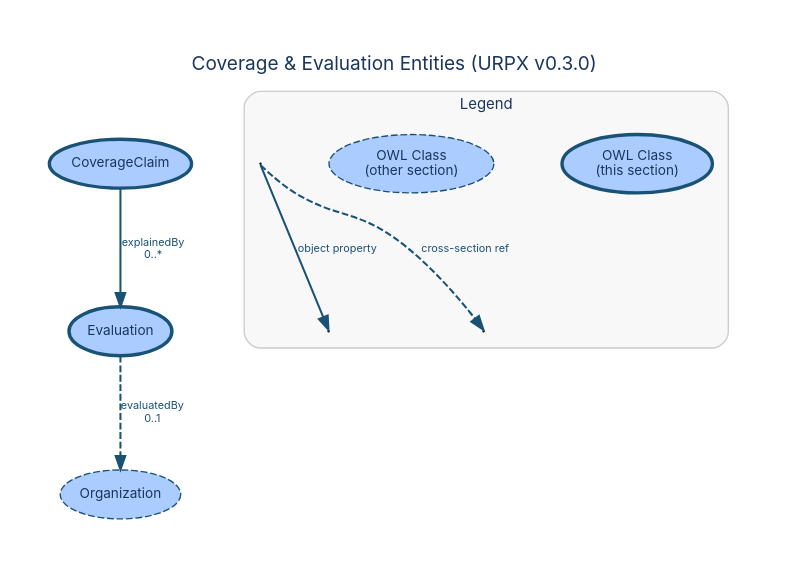
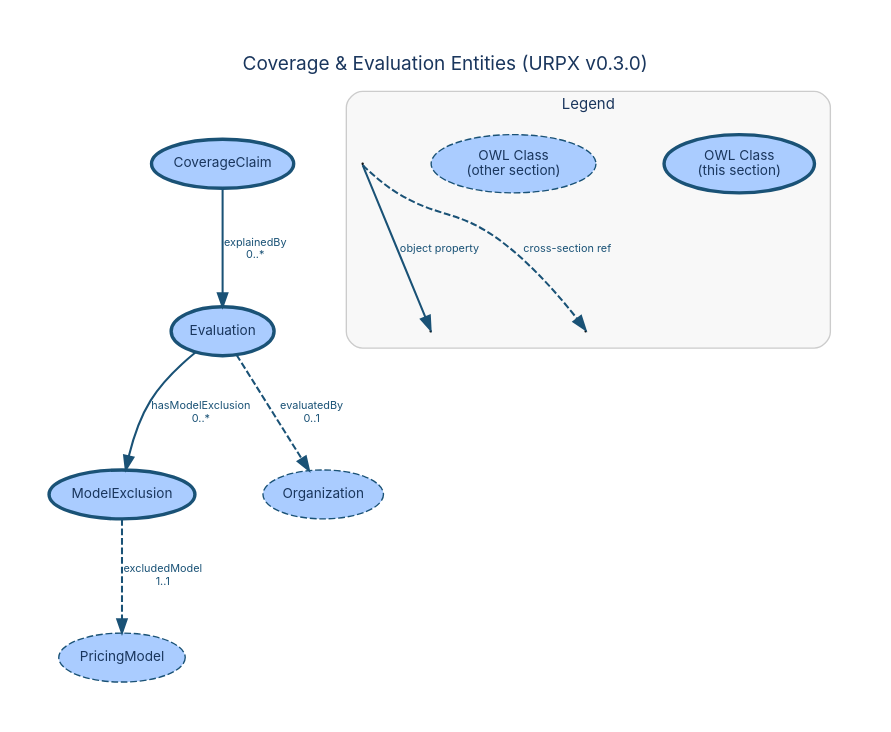
The diagram in documentation/diagrams/dictionary/coverage-evaluation-entities.dot (urpx-org/urpx), drawn with Graphviz before and after one commit. The commit also changed 8 other files, not shown here.

```diff
--- a/documentation/diagrams/dictionary/coverage-evaluation-entities.dot
+++ b/documentation/diagrams/dictionary/coverage-evaluation-entities.dot
@@ -1,57 +1,73 @@
 digraph "Coverage & Evaluation Entities" {
     rankdir=TB;
     bgcolor="white";
     pad=0.4;
     nodesep=0.7;
     ranksep=0.9;
     fontname="Inter, Helvetica, Arial, sans-serif";
     label="Coverage & Evaluation Entities (URPX v0.3.0)";
     labelloc="t";
     fontsize=14;
     fontcolor="#1a365d";
     node [fontname="Inter, Helvetica, Arial, sans-serif", fontsize=10, style=filled, fontcolor="#1a365d"];
     edge [fontname="Inter, Helvetica, Arial, sans-serif", fontsize=8, fontcolor="#1a365d"];
 
     // Section classes
     CoverageClaim [
         label="CoverageClaim"
         shape=ellipse, fillcolor="#aaccff", color="#1a5276", penwidth=2.5
     ];
     Evaluation [
         label="Evaluation"
         shape=ellipse, fillcolor="#aaccff", color="#1a5276", penwidth=2.5
     ];
+    ModelExclusion [
+        label="ModelExclusion"
+        shape=ellipse, fillcolor="#aaccff", color="#1a5276", penwidth=2.5
+    ];
 
     // Cross-section references
     Organization [
         label="Organization"
+        shape=ellipse, fillcolor="#aaccff", color="#1a5276", penwidth=1, style="filled,dashed"
+    ];
+    PricingModel [
+        label="PricingModel"
         shape=ellipse, fillcolor="#aaccff", color="#1a5276", penwidth=1, style="filled,dashed"
     ];
 
     // Object property edges
     CoverageClaim -> Evaluation [
         label="explainedBy\n0..*", color="#1a5276", fontcolor="#1a5276", penwidth=1.5
     ];
     Evaluation -> Organization [
         label="evaluatedBy\n0..1", style=dashed, color="#1a5276", fontcolor="#1a5276", penwidth=1.5
     ];
+    Evaluation -> ModelExclusion [
+        label="hasModelExclusion\n0..*", color="#1a5276", fontcolor="#1a5276", penwidth=1.5
+    ];
+    ModelExclusion -> PricingModel [
+        label="excludedModel\n1..1", style=dashed, color="#1a5276", fontcolor="#1a5276", penwidth=1.5
+    ];
+
+    // Auto-computed rank hints
 
     subgraph cluster_legend {
         label="Legend";
         fontname="Inter, Helvetica, Arial, sans-serif";
         fontsize=11;
         fontcolor="#1a365d";
         style=rounded;
         color="#cccccc";
         bgcolor="#f8f8f8";
         margin=12;
 
         leg_class [label="OWL Class\n(this section)", shape=ellipse, fillcolor="#aaccff", color="#1a5276", penwidth=2.5];
         leg_xref [label="OWL Class\n(other section)", shape=ellipse, fillcolor="#aaccff", color="#1a5276", penwidth=1, style="filled,dashed"];
         leg_src [label=" ", shape=point, width=0.01];
         leg_tgt1 [label=" ", shape=point, width=0.01];
         leg_src -> leg_tgt1 [label="object property", color="#1a5276", fontcolor="#1a5276", penwidth=1.5];
         leg_tgt2 [label=" ", shape=point, width=0.01];
         leg_src -> leg_tgt2 [label="cross-section ref", style=dashed, color="#1a5276", fontcolor="#1a5276", penwidth=1.5];
     }
 }
```
